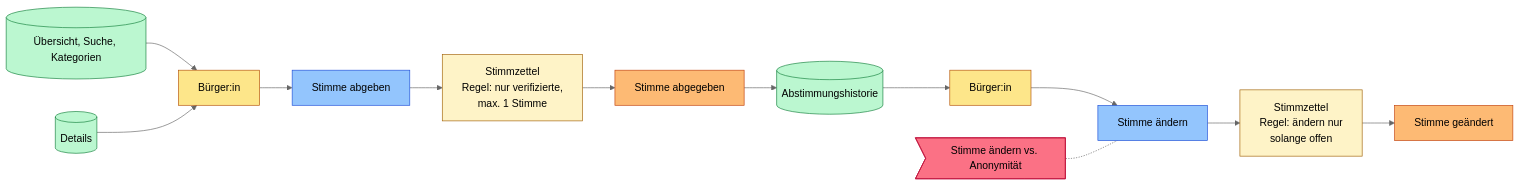
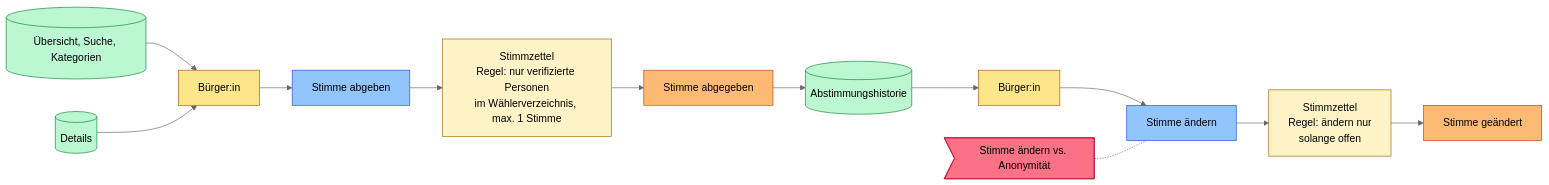
One commit to normaharley/ModerneSoftwarentwicklungWS26 changed the fourth of 9 diagrams in documentation/Uebung3.md. Above: the diagram before and after it, drawn with Mermaid (neutral theme). The commit also changed other lines of this file, not shown here.

````diff
--- a/documentation/Uebung3.md
+++ b/documentation/Uebung3.md
@@ -87,17 +99,17 @@
 ```mermaid
 flowchart LR
   rm_list[("Übersicht, Suche, Kategorien")]:::readmodel --> b3["Bürger:in"]:::actor
   rm_det[("Details")]:::readmodel --> b3
-  b3 --> c_vote["Stimme abgeben"]:::command --> ag_sz1["Stimmzettel<br>Regel: nur verifizierte,<br>max. 1 Stimme"]:::aggregate --> e_voted["Stimme abgegeben"]:::event
+  b3 --> c_vote["Stimme abgeben"]:::command --> ag_sz1["Stimmzettel<br>Regel: nur verifizierte Personen<br>im Wählerverzeichnis, max. 1 Stimme"]:::aggregate --> e_voted["Stimme abgegeben"]:::event
   e_voted --> rm_hist[("Abstimmungshistorie")]:::readmodel
 
   rm_hist --> b4["Bürger:in"]:::actor --> c_change["Stimme ändern"]:::command --> ag_sz2["Stimmzettel<br>Regel: ändern nur<br>solange offen"]:::aggregate --> e_changed["Stimme geändert"]:::event
   h_anon>"Stimme ändern vs. Anonymität"]:::hotspot -.- c_change
 
   classDef actor fill:#fde68a,stroke:#b45309,color:#000
   classDef command fill:#93c5fd,stroke:#1d4ed8,color:#000
   classDef aggregate fill:#fef3c7,stroke:#a16207,color:#000
   classDef event fill:#fdba74,stroke:#c2410c,color:#000
   classDef readmodel fill:#bbf7d0,stroke:#15803d,color:#000
   classDef hotspot fill:#fb7185,stroke:#be123c,color:#000
 ```
````
